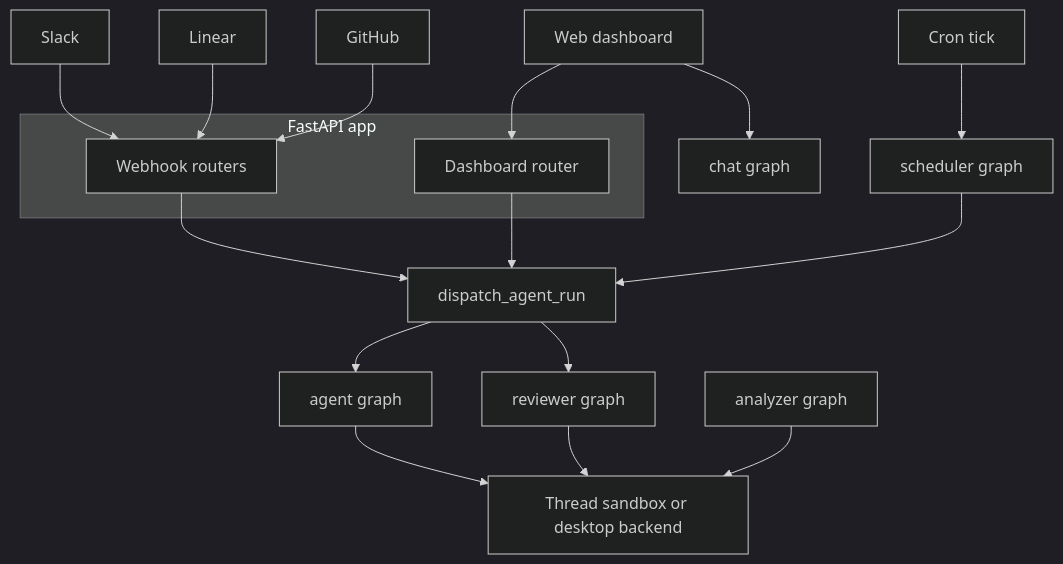
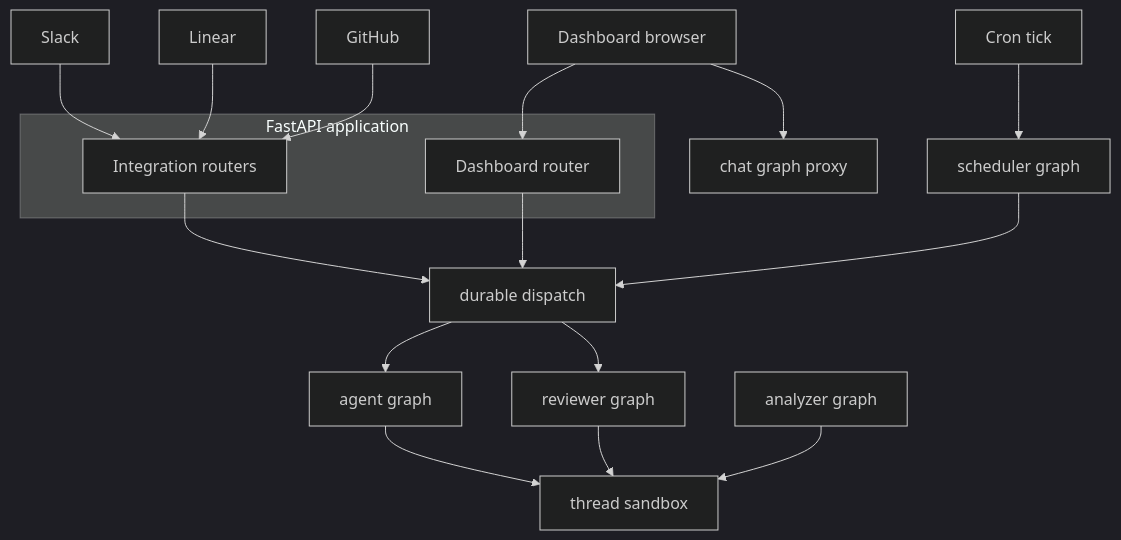
The diagram in openwiki/architecture/overview.md (langchain-ai/open-swe), drawn with Mermaid (dark theme) before and after one commit. The commit also changed other lines of this file and 52 other files, not shown here.

````diff
--- a/openwiki/architecture/overview.md
+++ b/openwiki/architecture/overview.md
@@ -77,23 +71,23 @@
 ```mermaid
 flowchart TD
-  Slack["Slack"] --> Webhooks["Webhook routers"]
-  Linear["Linear"] --> Webhooks
-  GitHub["GitHub"] --> Webhooks
-  Browser["Web dashboard"] --> Dashboard["Dashboard router"]
+  Slack["Slack"] --> Hooks["Integration routers"]
+  Linear["Linear"] --> Hooks
+  GitHub["GitHub"] --> Hooks
+  Browser["Dashboard browser"] --> Dashboard["Dashboard router"]
   Cron["Cron tick"] --> Scheduler["scheduler graph"]
 
-  subgraph App["FastAPI app"]
-    Webhooks
+  subgraph HTTP["FastAPI application"]
+    Hooks
     Dashboard
   end
 
-  Webhooks --> Dispatch["dispatch_agent_run"]
+  Hooks --> Dispatch["durable dispatch"]
   Dashboard --> Dispatch
   Scheduler --> Dispatch
   Dispatch --> Agent["agent graph"]
   Dispatch --> Reviewer["reviewer graph"]
-  Agent --> Sandbox["Thread sandbox or desktop backend"]
+  Agent --> Sandbox["thread sandbox"]
   Reviewer --> Sandbox
   Analyzer["analyzer graph"] --> Sandbox
-  Browser --> Chat["chat graph"]
+  Browser --> Chat["chat graph proxy"]
 ```
````
